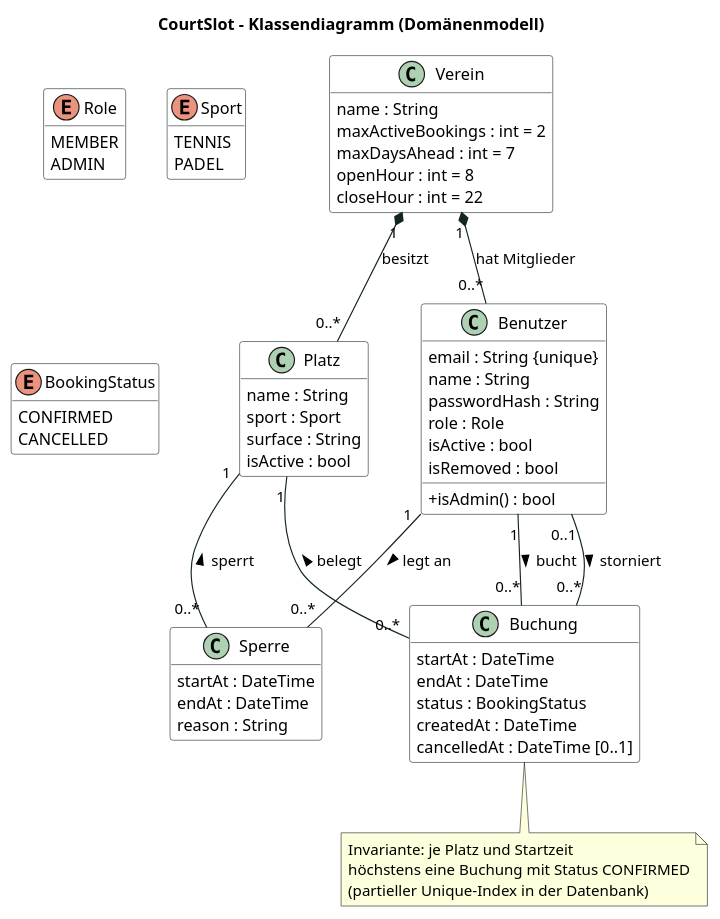
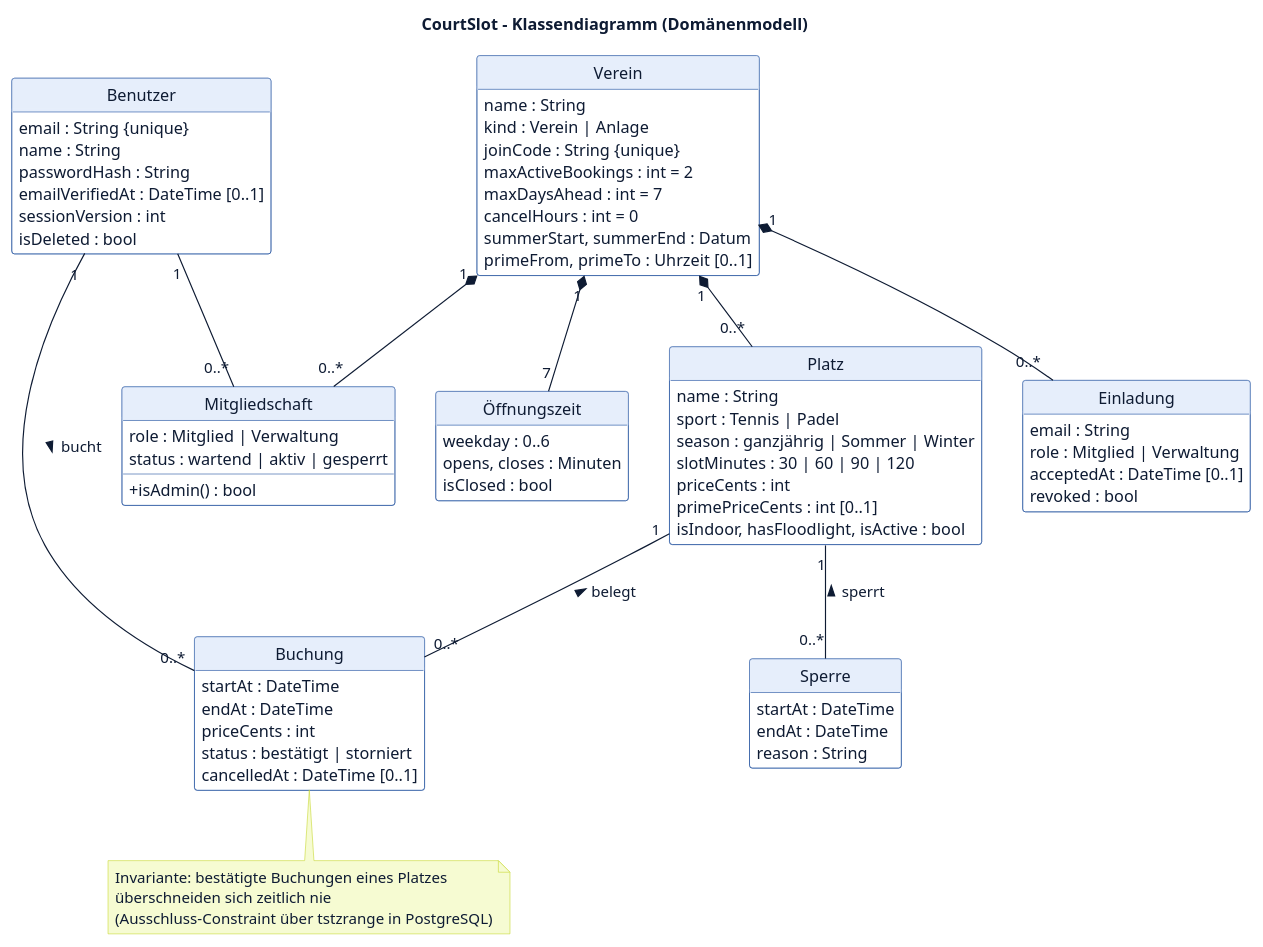
One commit to pasi140802/Anwendungsentwicklung changed the diagram in docs/uml/02_klassen.puml. Above: the diagram before and after it, drawn with PlantUML. The commit also changed 26 other files, not shown here.

First line of the commit message:
UML-Diagramme auf Plattform-Modell und App-Farben aktualisiert

```diff
--- a/docs/uml/02_klassen.puml
+++ b/docs/uml/02_klassen.puml
@@ -1,76 +1,93 @@
 @startuml klassen
 title CourtSlot – Klassendiagramm (Domänenmodell)
 skinparam shadowing false
-skinparam ArrowColor #13261F
+skinparam ArrowColor #0e1b33
 skinparam defaultFontName Arial
+skinparam defaultFontColor #0e1b33
 skinparam classBackgroundColor #FFFFFF
-skinparam classBorderColor #13261F
+skinparam classBorderColor #1f4e9c
+skinparam classHeaderBackgroundColor #e6eefb
 skinparam classAttributeIconSize 0
+skinparam noteBackgroundColor #f6fbd2
+skinparam noteBorderColor #c6d82c
 hide empty methods
-
-enum Role {
-  MEMBER
-  ADMIN
-}
-enum Sport {
-  TENNIS
-  PADEL
-}
-enum BookingStatus {
-  CONFIRMED
-  CANCELLED
-}
-
-class Club as "Verein" {
-  name : String
-  maxActiveBookings : int = 2
-  maxDaysAhead : int = 7
-  openHour : int = 8
-  closeHour : int = 22
-}
+hide circle
 
 class User as "Benutzer" {
   email : String {unique}
   name : String
   passwordHash : String
-  role : Role
-  isActive : bool
-  isRemoved : bool
+  emailVerifiedAt : DateTime [0..1]
+  sessionVersion : int
+  isDeleted : bool
+}
+
+class Club as "Verein" {
+  name : String
+  kind : Verein | Anlage
+  joinCode : String {unique}
+  maxActiveBookings : int = 2
+  maxDaysAhead : int = 7
+  cancelHours : int = 0
+  summerStart, summerEnd : Datum
+  primeFrom, primeTo : Uhrzeit [0..1]
+}
+
+class Membership as "Mitgliedschaft" {
+  role : Mitglied | Verwaltung
+  status : wartend | aktiv | gesperrt
   + isAdmin() : bool
+}
+
+class Invitation as "Einladung" {
+  email : String
+  role : Mitglied | Verwaltung
+  acceptedAt : DateTime [0..1]
+  revoked : bool
+}
+
+class OpeningHours as "Öffnungszeit" {
+  weekday : 0..6
+  opens, closes : Minuten
+  isClosed : bool
 }
 
 class Court as "Platz" {
   name : String
-  sport : Sport
-  surface : String
-  isActive : bool
+  sport : Tennis | Padel
+  season : ganzjährig | Sommer | Winter
+  slotMinutes : 30 | 60 | 90 | 120
+  priceCents : int
+  primePriceCents : int [0..1]
+  isIndoor, hasFloodlight, isActive : bool
 }
 
 class Booking as "Buchung" {
   startAt : DateTime
   endAt : DateTime
-  status : BookingStatus
-  createdAt : DateTime
+  priceCents : int
+  status : bestätigt | storniert
   cancelledAt : DateTime [0..1]
 }
 
 class Block as "Sperre" {
   startAt : DateTime
   endAt : DateTime
   reason : String
 }
 
-Club "1" *-- "0..*" User : hat Mitglieder
-Club "1" *-- "0..*" Court : besitzt
+User "1" -- "0..*" Membership
+Club "1" *-- "0..*" Membership
+Club "1" *-- "7" OpeningHours
+Club "1" *-- "0..*" Invitation
+Club "1" *-- "0..*" Court
 User "1" -- "0..*" Booking : bucht >
 Court "1" -- "0..*" Booking : belegt <
 Court "1" -- "0..*" Block : sperrt <
-User "1" -- "0..*" Block : legt an >
-User "0..1" -- "0..*" Booking : storniert >
 
 note bottom of Booking
-  Invariante: je Platz und Startzeit
-  höchstens eine Buchung mit Status CONFIRMED
-  (partieller Unique-Index in der Datenbank)
+  Invariante: bestätigte Buchungen eines Platzes
+  überschneiden sich zeitlich nie
+  (Ausschluss-Constraint über tstzrange in PostgreSQL)
 end note
 @enduml
```
